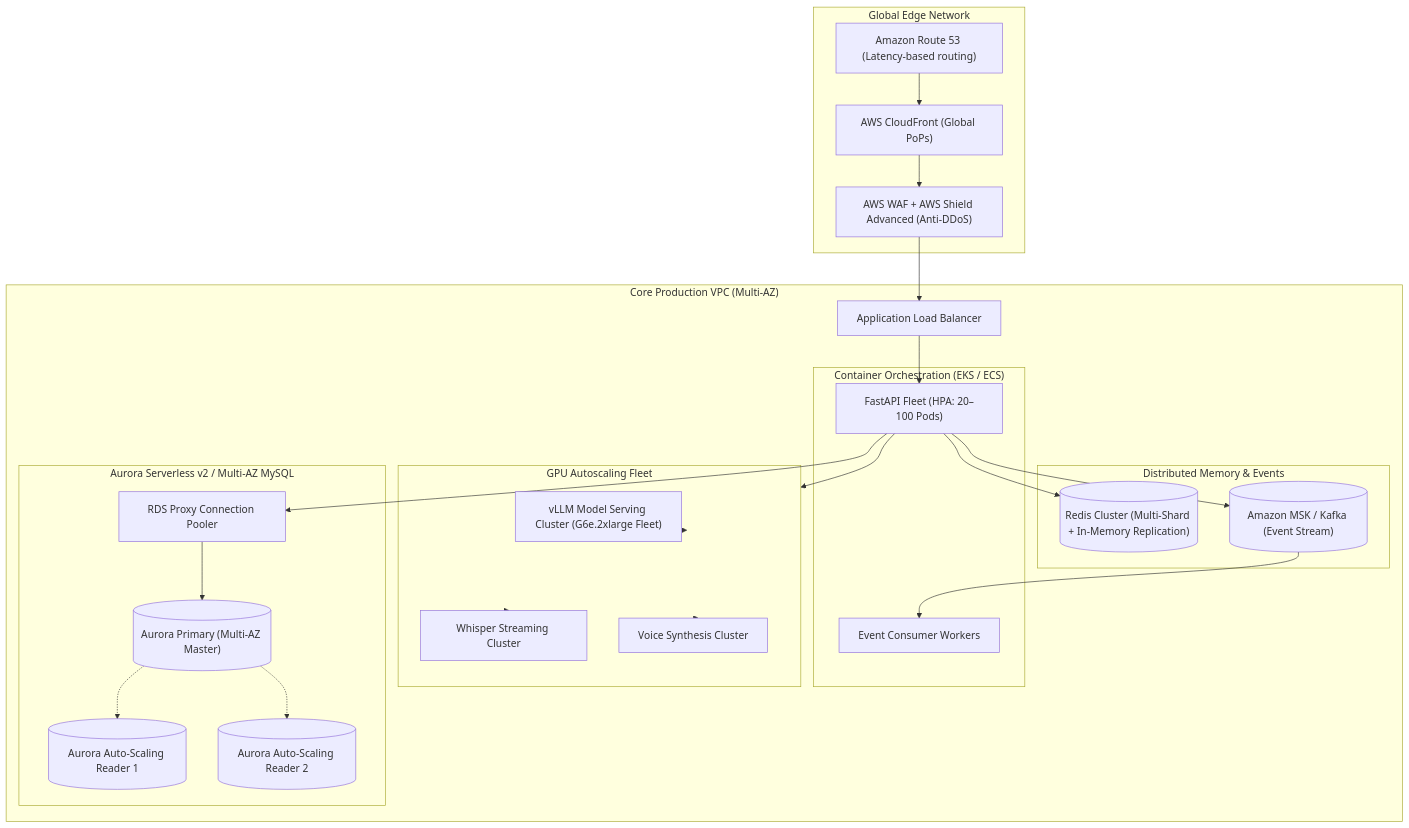
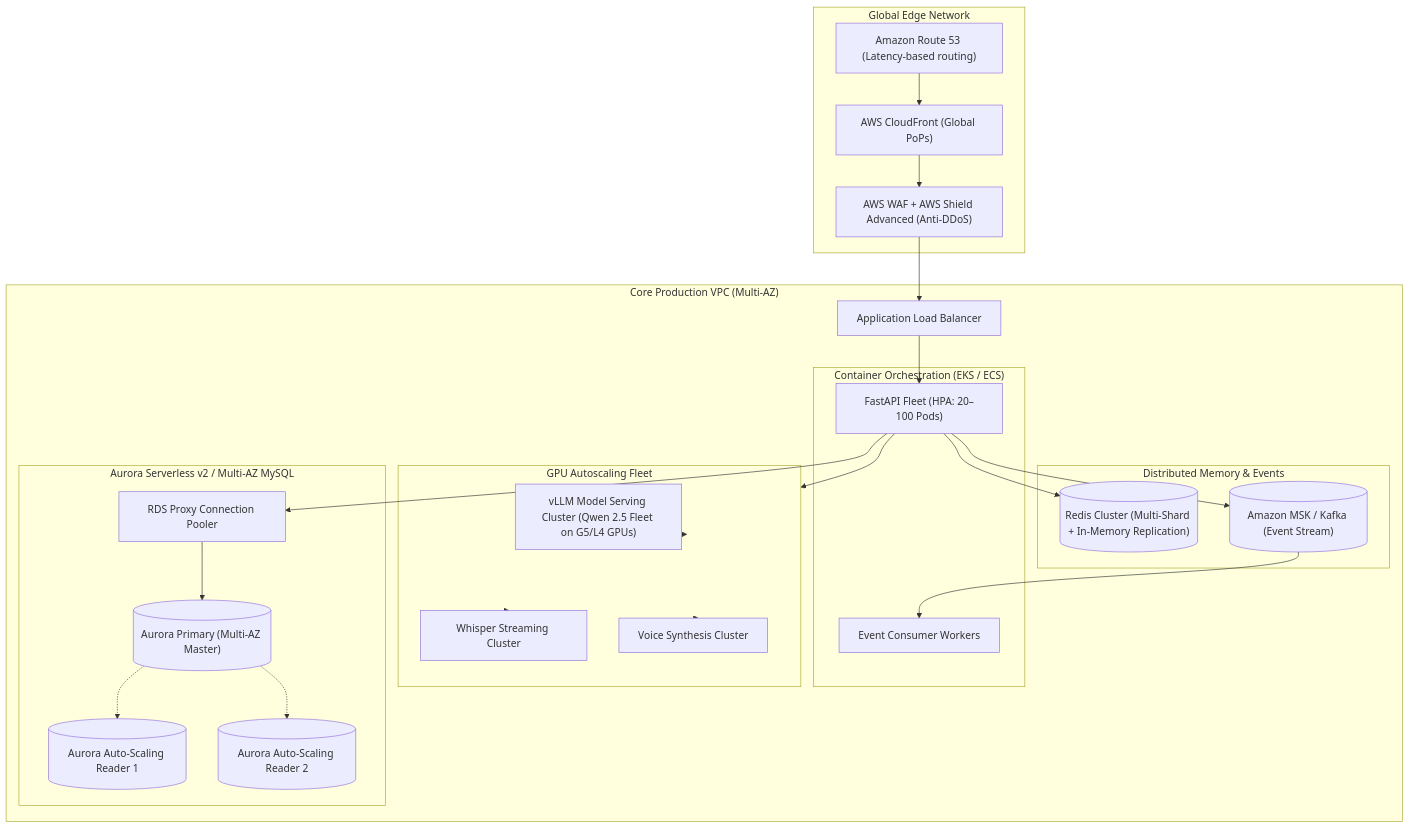
One commit to bikash-20/ML-fraud-detection-ai-fintech-platform changed the fifth of 6 diagrams in docs/SCALING_ARCHITECTURE.md. Above: the diagram before and after it, drawn with Mermaid. The commit also changed other lines of this file, not shown here.

Commit message:
docs: standardize on Qwen 2.5 7B/14B as the optimal local AI model for voice FinTech

````diff
--- a/docs/SCALING_ARCHITECTURE.md
+++ b/docs/SCALING_ARCHITECTURE.md
@@ -248,46 +248,46 @@
 ```mermaid
 flowchart TD
     subgraph GlobalIngress["Global Edge Network"]
         R53["Amazon Route 53 (Latency-based routing)"]
         CloudFront["AWS CloudFront (Global PoPs)"]
         WAF_Shield["AWS WAF + AWS Shield Advanced (Anti-DDoS)"]
     end
 
     subgraph RegionalCluster["Core Production VPC (Multi-AZ)"]
         ALB["Application Load Balancer"]
         
         subgraph ComputeMesh["Container Orchestration (EKS / ECS)"]
             APIFleet["FastAPI Fleet (HPA: 20–100 Pods)"]
             EventWorkers["Event Consumer Workers"]
         end
 
         subgraph AIEngine["GPU Autoscaling Fleet"]
-            LLMPool["vLLM Model Serving Cluster (G6e.2xlarge Fleet)"]
+            LLMPool["vLLM Model Serving Cluster (Qwen 2.5 Fleet on G5/L4 GPUs)"]
             STTPool["Whisper Streaming Cluster"]
             TTSPool["Voice Synthesis Cluster"]
         end
 
         subgraph DBEngine["Aurora Serverless v2 / Multi-AZ MySQL"]
             RDS_Proxy["RDS Proxy Connection Pooler"]
             AuroraPrimary[("Aurora Primary (Multi-AZ Master)")]
             AuroraReader1[("Aurora Auto-Scaling Reader 1")]
             AuroraReader2[("Aurora Auto-Scaling Reader 2")]
         end
 
         subgraph MemoryEngine["Distributed Memory & Events"]
             RedisCluster[("Redis Cluster (Multi-Shard + In-Memory Replication)")]
             Kafka[("Amazon MSK / Kafka (Event Stream)")]
         end
     end
 
     R53 --> CloudFront --> WAF_Shield --> ALB
     ALB --> APIFleet
     APIFleet --> RDS_Proxy
     RDS_Proxy --> AuroraPrimary
     AuroraPrimary -.-> AuroraReader1 & AuroraReader2
     APIFleet --> RedisCluster
     APIFleet --> Kafka
     Kafka --> EventWorkers
     APIFleet --> AIEngine
     AIEngine --> LLMPool & STTPool & TTSPool
 ```
````
